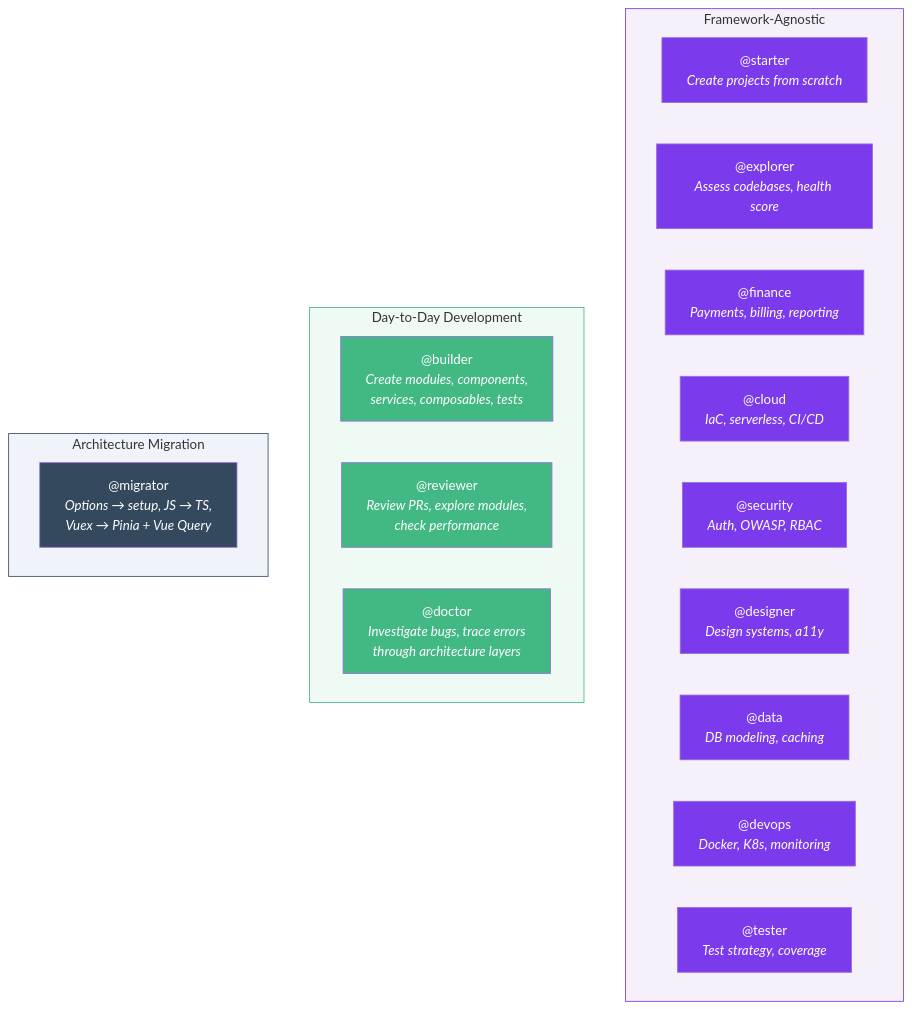
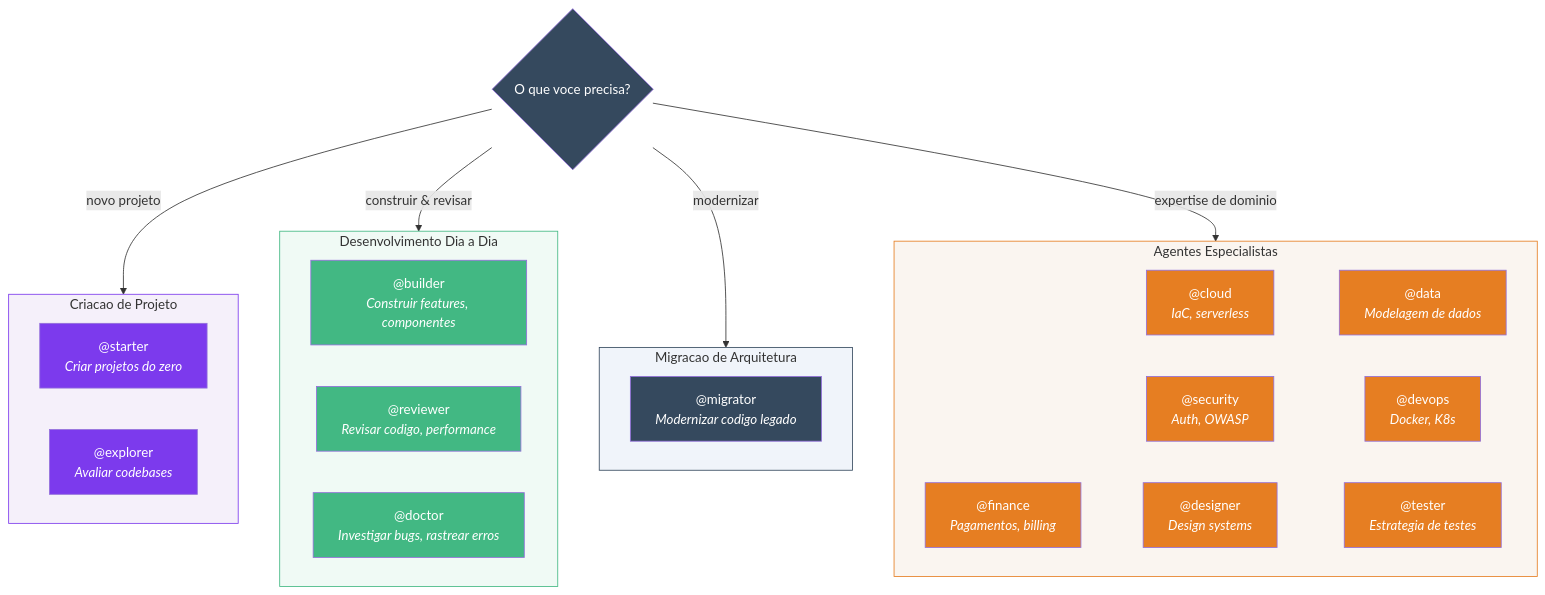
The first of 2 diagrams in docs/pt-BR/guide/introduction.md (HerbertJulio/specialist-agent), drawn with Mermaid before and after one commit. The commit also changed 1 other file, not shown here.

Commit message:
fix(docs): redesign AI team diagram with proper edges
The mermaid diagram in introduction.md had no edges, causing all
13 nodes to collapse into a single horizontal line. Restructured
with a central dispatch node, 4 category subgraphs, and invisible
links for specialist grid layout.

````diff
--- a/docs/pt-BR/guide/introduction.md
+++ b/docs/pt-BR/guide/introduction.md
@@ -35,41 +35,55 @@
 ```mermaid
 graph TB
-    subgraph agnostic["Framework-Agnostic"]
-        Starter["@starter<br/><i>Create projects from scratch</i>"]
-        Explorer["@explorer<br/><i>Assess codebases, health score</i>"]
-        Finance["@finance<br/><i>Payments, billing, reporting</i>"]
-        Cloud["@cloud<br/><i>IaC, serverless, CI/CD</i>"]
-        Security["@security<br/><i>Auth, OWASP, RBAC</i>"]
-        Designer["@designer<br/><i>Design systems, a11y</i>"]
-        Data["@data<br/><i>DB modeling, caching</i>"]
-        DevOps["@devops<br/><i>Docker, K8s, monitoring</i>"]
-        Tester["@tester<br/><i>Test strategy, coverage</i>"]
+    Claude{"O que voce precisa?"} -->|"novo projeto"| setup
+    Claude -->|"construir & revisar"| daily
+    Claude -->|"modernizar"| migration
+    Claude -->|"expertise de dominio"| specialists
+
+    subgraph setup["Criacao de Projeto"]
+        Starter["@starter<br/><i>Criar projetos do zero</i>"]
+        Explorer["@explorer<br/><i>Avaliar codebases</i>"]
     end
 
-    subgraph daily["Day-to-Day Development"]
-        Builder["@builder<br/><i>Create modules, components,<br/>services, composables, tests</i>"]
-        Reviewer["@reviewer<br/><i>Review PRs, explore modules,<br/>check performance</i>"]
-        Doctor["@doctor<br/><i>Investigate bugs, trace errors<br/>through architecture layers</i>"]
+    subgraph daily["Desenvolvimento Dia a Dia"]
+        Builder["@builder<br/><i>Construir features, componentes</i>"]
+        Reviewer["@reviewer<br/><i>Revisar codigo, performance</i>"]
+        Doctor["@doctor<br/><i>Investigar bugs, rastrear erros</i>"]
     end
 
-    subgraph migration["Architecture Migration"]
-        Migrator["@migrator<br/><i>Options → setup, JS → TS,<br/>Vuex → Pinia + Vue Query</i>"]
+    subgraph migration["Migracao de Arquitetura"]
+        Migrator["@migrator<br/><i>Modernizar codigo legado</i>"]
     end
 
-    style agnostic fill:#f5f0fa,stroke:#7c3aed
+    subgraph specialists["Agentes Especialistas"]
+        Finance["@finance<br/><i>Pagamentos, billing</i>"]
+        Cloud["@cloud<br/><i>IaC, serverless</i>"]
+        Security["@security<br/><i>Auth, OWASP</i>"]
+        Designer["@designer<br/><i>Design systems</i>"]
+        Data["@data<br/><i>Modelagem de dados</i>"]
+        DevOps["@devops<br/><i>Docker, K8s</i>"]
+        Tester["@tester<br/><i>Estrategia de testes</i>"]
+        Finance ~~~ Designer
+        Cloud ~~~ Data
+        Security ~~~ DevOps
+        Designer ~~~ Tester
+    end
+
+    style Claude fill:#35495e,color:#fff
+    style setup fill:#f5f0fa,stroke:#7c3aed
     style daily fill:#f0faf5,stroke:#42b883
     style migration fill:#f0f4fa,stroke:#35495e
+    style specialists fill:#faf5f0,stroke:#e67e22
     style Starter fill:#7c3aed,color:#fff
     style Explorer fill:#7c3aed,color:#fff
-    style Finance fill:#7c3aed,color:#fff
-    style Cloud fill:#7c3aed,color:#fff
-    style Security fill:#7c3aed,color:#fff
-    style Designer fill:#7c3aed,color:#fff
-    style Data fill:#7c3aed,color:#fff
-    style DevOps fill:#7c3aed,color:#fff
-    style Tester fill:#7c3aed,color:#fff
+    style Finance fill:#e67e22,color:#fff
+    style Cloud fill:#e67e22,color:#fff
+    style Security fill:#e67e22,color:#fff
+    style Designer fill:#e67e22,color:#fff
+    style Data fill:#e67e22,color:#fff
+    style DevOps fill:#e67e22,color:#fff
+    style Tester fill:#e67e22,color:#fff
     style Builder fill:#42b883,color:#fff
     style Reviewer fill:#42b883,color:#fff
     style Doctor fill:#42b883,color:#fff
     style Migrator fill:#35495e,color:#fff
 ```
````
